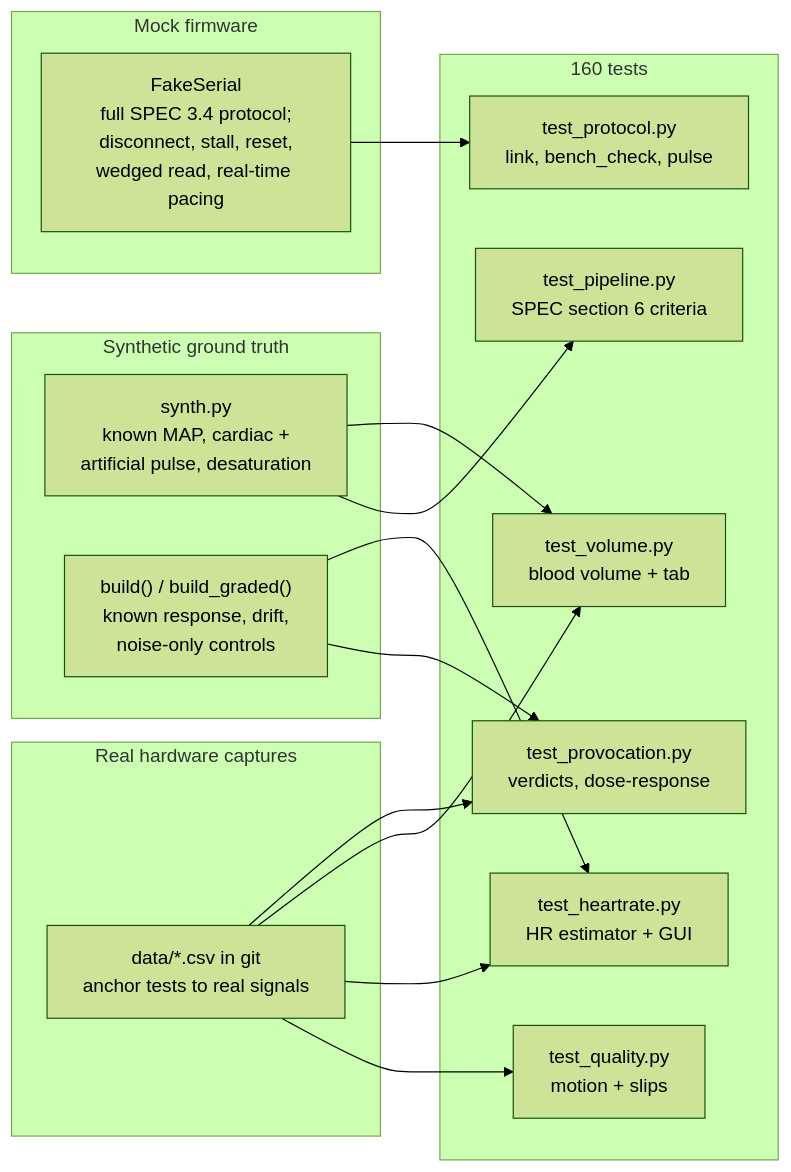
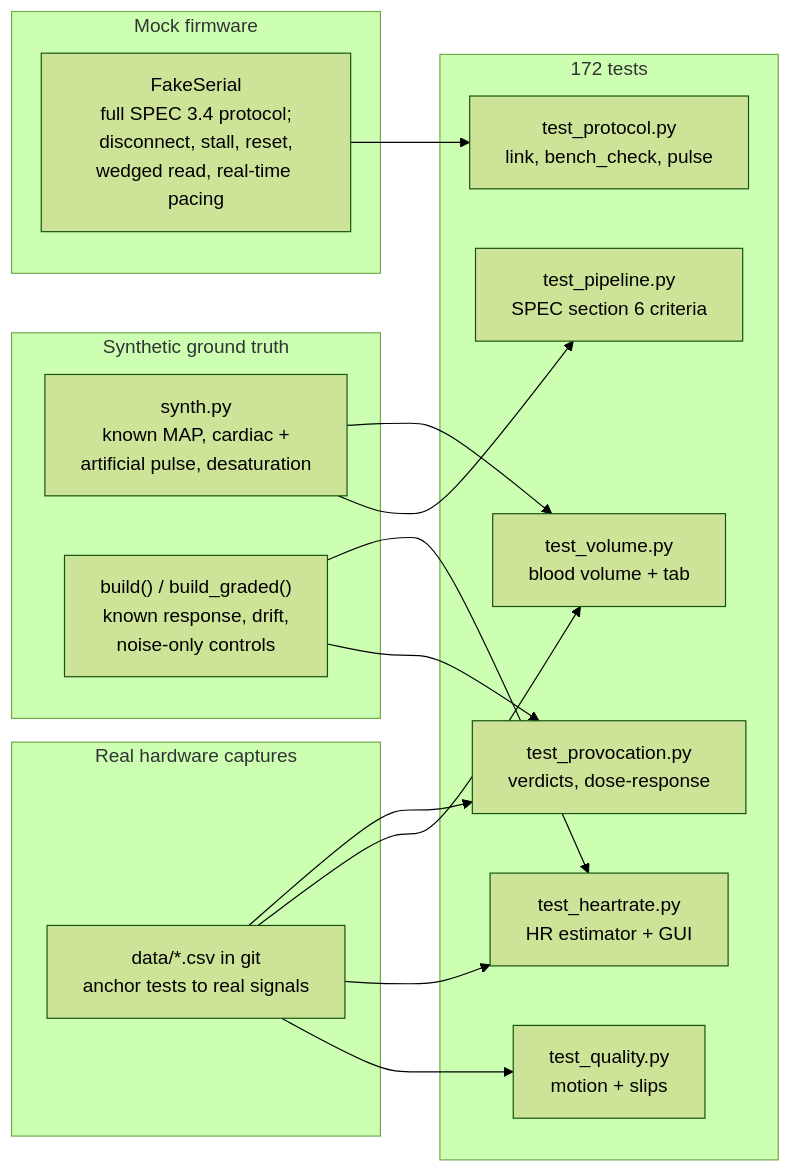
One commit to akkhilmorkonda/MAPQuest_PPG changed the ninth of 9 diagrams in docs/architecture.md. Above: the diagram before and after it, drawn with Mermaid (forest theme). The commit also changed other lines of this file and 6 other files, not shown here.

````diff
--- a/docs/architecture.md
+++ b/docs/architecture.md
@@ -348,30 +348,30 @@
 ```mermaid
 flowchart LR
     subgraph SYN["Synthetic ground truth"]
         SYNTH["synth.py<br/>known MAP, cardiac +<br/>artificial pulse, desaturation"]
         PBUILD["build() / build_graded()<br/>known response, drift,<br/>noise-only controls"]
     end
     subgraph MOCK["Mock firmware"]
         FAKE["FakeSerial<br/>full SPEC 3.4 protocol;<br/>disconnect, stall, reset,<br/>wedged read, real-time pacing"]
     end
     subgraph HW["Real hardware captures"]
         CAP["data/*.csv in git<br/>anchor tests to real signals"]
     end
-    subgraph TESTS["160 tests"]
+    subgraph TESTS["172 tests"]
         T1["test_pipeline.py<br/>SPEC section 6 criteria"]
         T2["test_protocol.py<br/>link, bench_check, pulse"]
         T3["test_provocation.py<br/>verdicts, dose-response"]
         T4["test_quality.py<br/>motion + slips"]
         T5["test_heartrate.py<br/>HR estimator + GUI"]
         T6["test_volume.py<br/>blood volume + tab"]
     end
     SYNTH --> T1
     FAKE --> T2
     PBUILD --> T3
     CAP --> T4
     CAP --> T5
     CAP --> T6
     SYNTH --> T6
     PBUILD --> T5
     CAP --> T3
 ```
````
